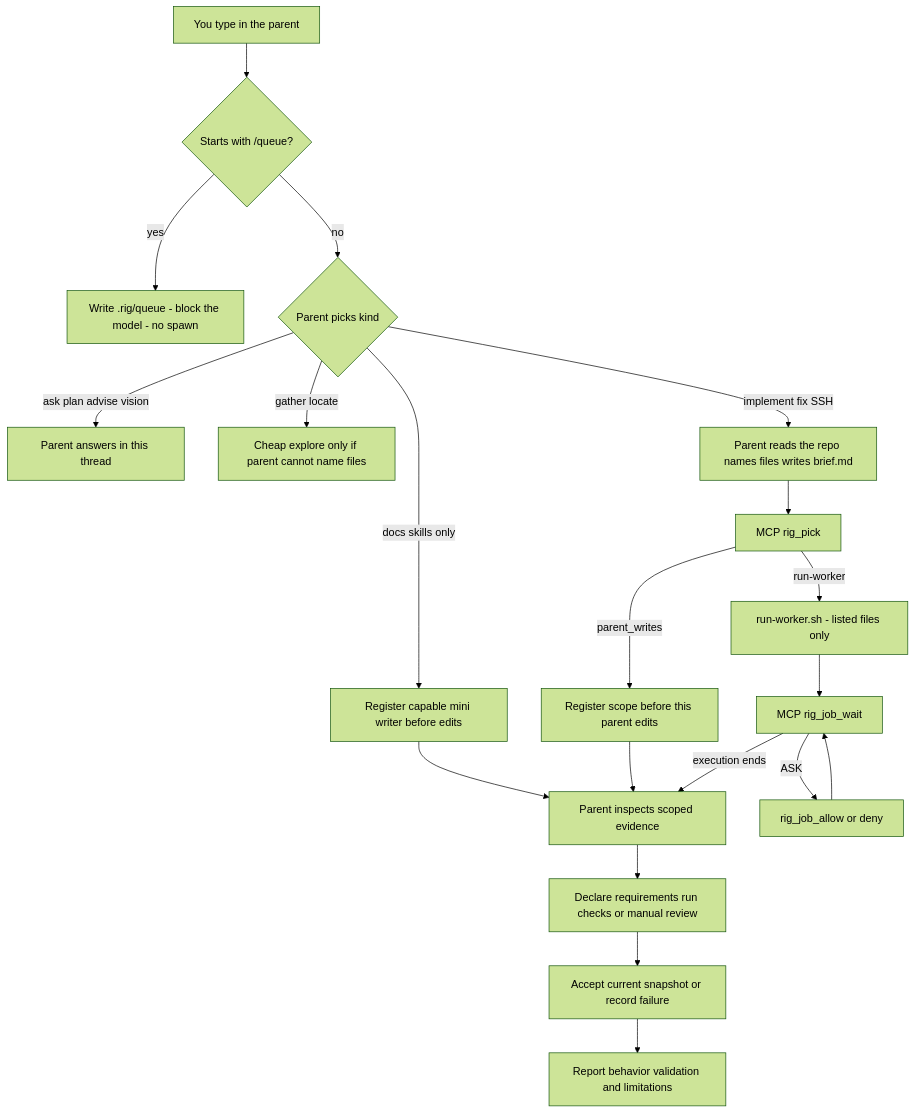
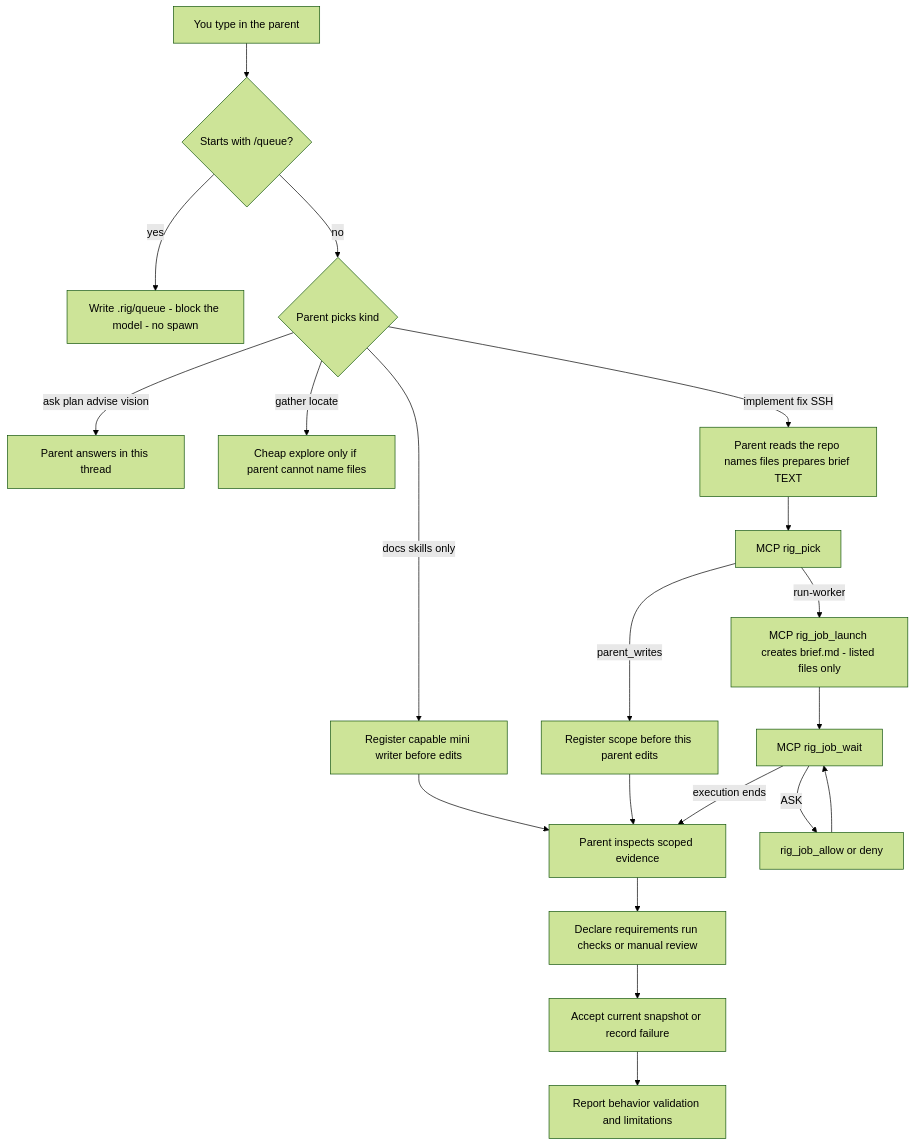
One commit to Brasth/Rig changed the first of 3 diagrams in docs/usage.md. Above: the diagram before and after it, drawn with Mermaid (forest theme). The commit also changed other lines of this file and 28 other files, not shown here.

Commit message:
feat(mcp): require job-scoped orchestration and child handshake

````diff
--- a/docs/usage.md
+++ b/docs/usage.md
@@ -345,23 +346,23 @@
 ```mermaid
 flowchart TD
   you[You type in the parent]
   you --> q{Starts with /queue?}
   q -->|yes| park[Write .rig/queue - block the model - no spawn]
   q -->|no| kind{Parent picks kind}
   kind -->|ask plan advise vision| stay[Parent answers in this thread]
   kind -->|docs skills only| mini[Register capable mini writer before edits]
   mini --> evidence
   kind -->|gather locate| explore[Cheap explore only if parent cannot name files]
-  kind -->|implement fix SSH| check[Parent reads the repo names files writes brief.md]
+  kind -->|implement fix SSH| check[Parent reads the repo names files prepares brief TEXT]
   check --> pick[MCP rig_pick]
-  pick -->|run-worker| child[run-worker.sh - listed files only]
+  pick -->|run-worker| child[MCP rig_job_launch creates brief.md - listed files only]
   pick -->|parent_writes| self[Register scope before this parent edits]
   self --> evidence[Parent inspects scoped evidence]
   child --> wait[MCP rig_job_wait]
   wait -->|ASK| allow[rig_job_allow or deny]
   allow --> wait
   wait -->|execution ends| evidence
   evidence --> verify[Declare requirements run checks or manual review]
   verify --> accept[Accept current snapshot or record failure]
   accept --> you2[Report behavior validation and limitations]
 ```
````
